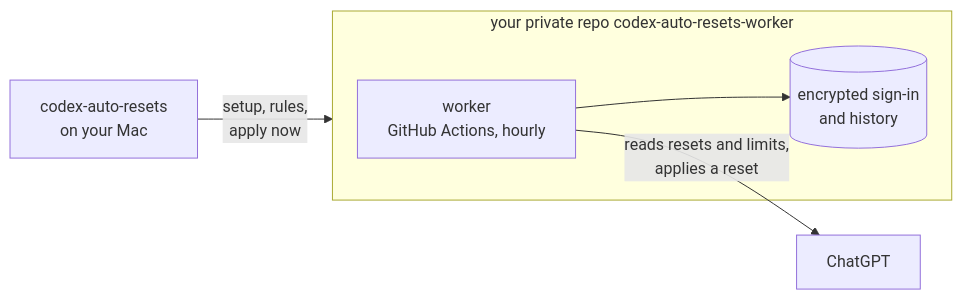
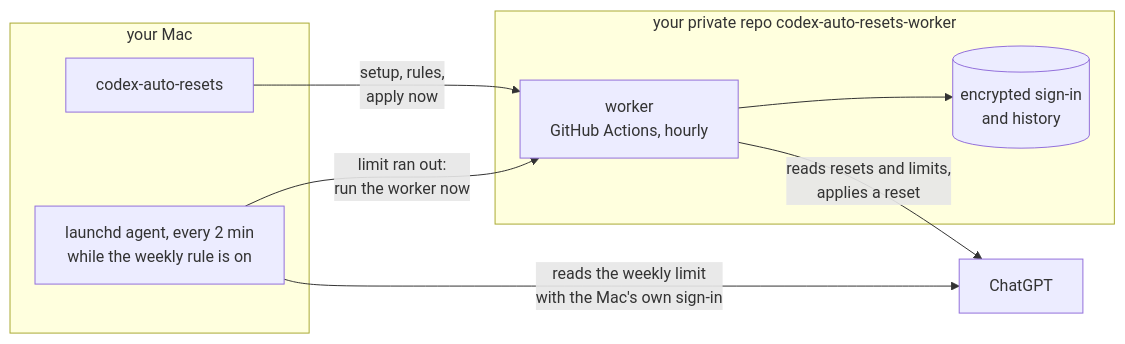
The diagram in README.md (Keshaqaz/ares), drawn with Mermaid before and after one commit. The commit also changed other lines of this file and 10 other files, not shown here.

First line of the commit message:
Document the weekly check from the Mac in the README, install guide and ADR-0005

````diff
--- a/README.md
+++ b/README.md
@@ -66,8 +68,15 @@
 ```mermaid
 flowchart LR
-  CLI["codex-auto-resets<br/>on your Mac"] -- "setup, rules,<br/>apply now" --> R
+  subgraph M["your Mac"]
+    CLI["codex-auto-resets"]
+    A["launchd agent, every 2 min<br/>while the weekly rule is on"]
+  end
   subgraph R["your private repo codex-auto-resets-worker"]
     W["worker<br/>GitHub Actions, hourly"] --> S[("encrypted sign-in<br/>and history")]
   end
-  W -- "reads resets and limits,<br/>applies a reset" --> C["ChatGPT"]
+  C["ChatGPT"]
+  CLI -- "setup, rules,<br/>apply now" --> W
+  A -- "reads the weekly limit<br/>with the Mac's own sign-in" --> C
+  A -- "limit ran out:<br/>run the worker now" --> W
+  W -- "reads resets and limits,<br/>applies a reset" --> C
 ```
````
